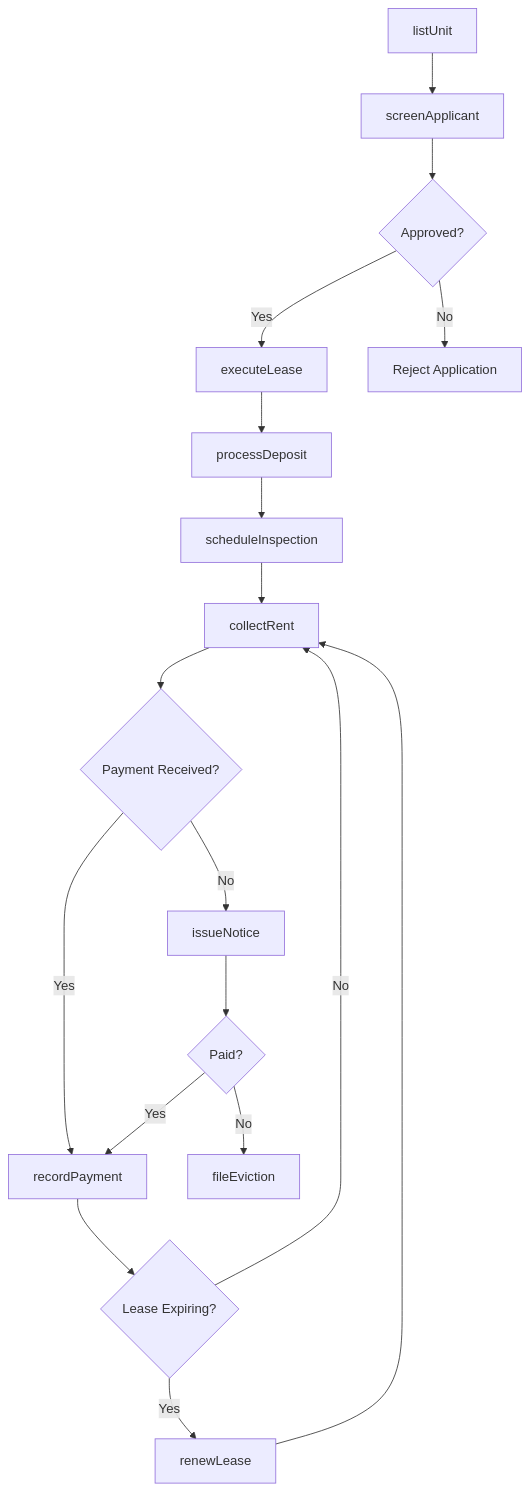
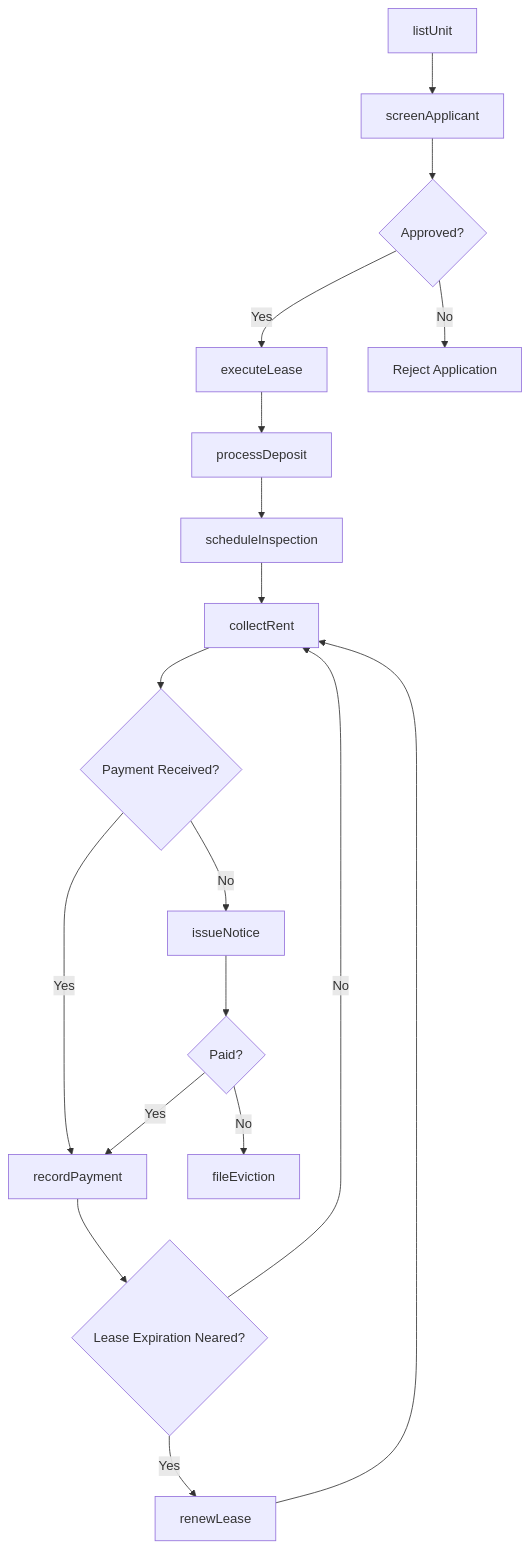
Before and after one commit to dot-org-ai/industries.org.ai: the first of 2 diagrams in RealEstate/RealEstate/LessorsOfRealEstate/LessorsOfResidentialBuildingsAndDwellings.mdx, drawn with Mermaid. The commit also changed other lines of this file and 588 other files, not shown here.

````diff
--- a/RealEstate/RealEstate/LessorsOfRealEstate/LessorsOfResidentialBuildingsAndDwellings.mdx
+++ b/RealEstate/RealEstate/LessorsOfRealEstate/LessorsOfResidentialBuildingsAndDwellings.mdx
@@ -115,20 +115,20 @@
 ```mermaid
 graph TD
     A[listUnit] --> B[screenApplicant]
     B --> C{Approved?}
     C -->|Yes| D[executeLease]
     C -->|No| E[Reject Application]
     D --> F[processDeposit]
     F --> G[scheduleInspection]
     G --> H[collectRent]
     H --> I{Payment Received?}
     I -->|Yes| J[recordPayment]
     I -->|No| K[issueNotice]
     K --> L{Paid?}
     L -->|Yes| J
     L -->|No| M[fileEviction]
-    J --> N{Lease Expiring?}
+    J --> N{Lease Expiration Neared?}
     N -->|Yes| O[renewLease]
     N -->|No| H
     O --> H
 ```
````
